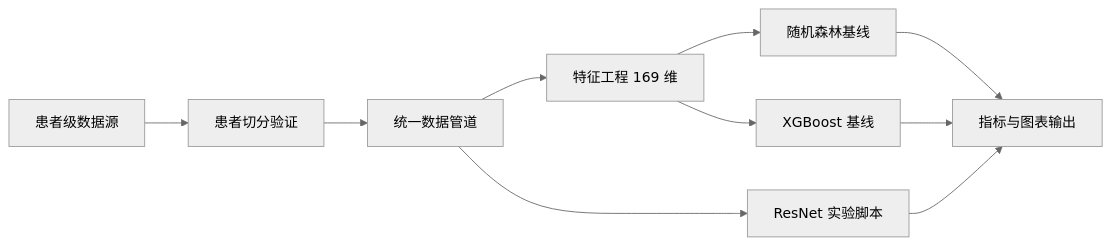
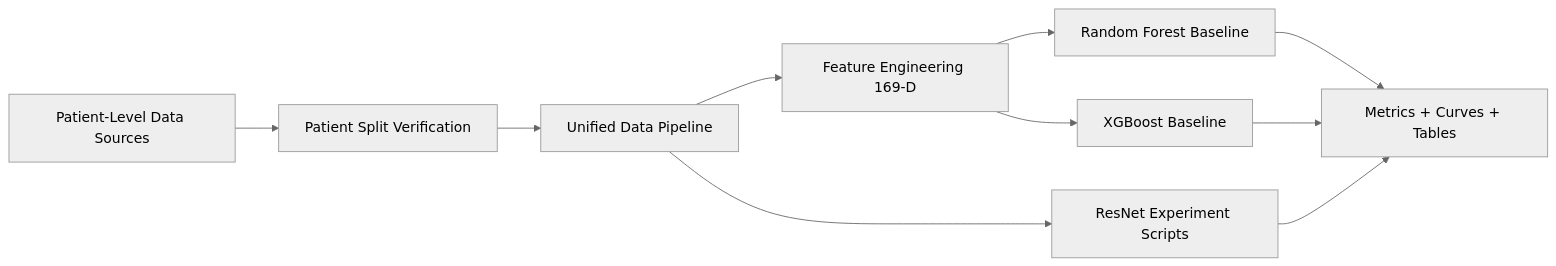
Before and after one commit to HexBladeNB/li-shuo-esophageal-pacing-ecg-research: the diagram in README.md, drawn with Mermaid (neutral theme). The commit also changed other lines of this file and 3 other files, not shown here.

````diff
--- a/README.md
+++ b/README.md
@@ -62,12 +75,12 @@
 ```mermaid
 flowchart LR
-    A[患者级数据源] --> B[患者切分验证]
-    B --> C[统一数据管道]
-    C --> D[特征工程 169 维]
-    D --> E1[随机森林基线]
-    D --> E2[XGBoost 基线]
-    C --> F[ResNet 实验脚本]
-    E1 --> G[指标与图表输出]
+    A[Patient-Level Data Sources] --> B[Patient Split Verification]
+    B --> C[Unified Data Pipeline]
+    C --> D[Feature Engineering 169-D]
+    D --> E1[Random Forest Baseline]
+    D --> E2[XGBoost Baseline]
+    C --> F[ResNet Experiment Scripts]
+    E1 --> G[Metrics + Curves + Tables]
     E2 --> G
     F --> G
 ```
````
